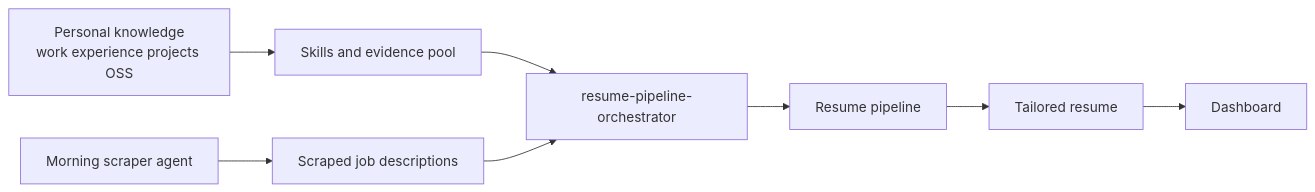
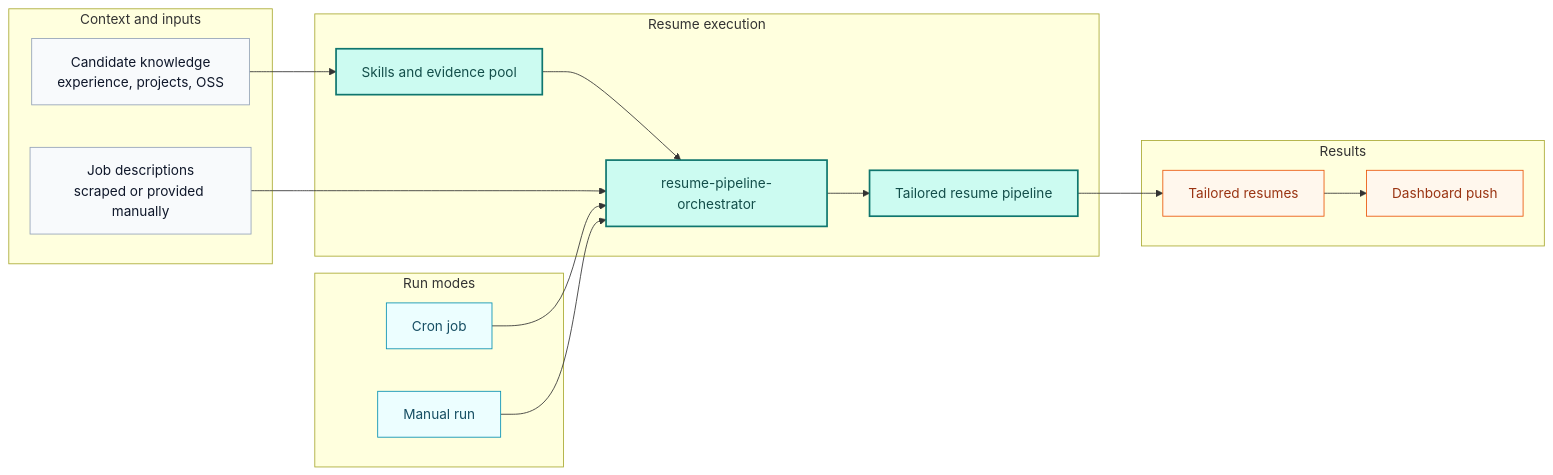
The diagram in docs-site/docs/getting-started/introduction.md (Aryan1718/hermes-autonomous-resume), drawn with Mermaid before and after one commit. The commit also changed other lines of this file and 9 other files, not shown here.

````diff
--- a/docs-site/docs/getting-started/introduction.md
+++ b/docs-site/docs/getting-started/introduction.md
@@ -44,10 +51,42 @@
 ```mermaid
 flowchart LR
-  A[Personal knowledge<br/>work experience projects OSS] --> B[Skills and evidence pool]
-  C[Morning scraper agent] --> D[Scraped job descriptions]
-  B --> E[resume-pipeline-orchestrator]
-  D --> E
-  E --> F[Resume pipeline]
-  F --> G[Tailored resume]
-  G --> H[Dashboard]
+  classDef source fill:#f8fafc,stroke:#94a3b8,color:#0f172a,stroke-width:1px;
+  classDef trigger fill:#ecfeff,stroke:#0891b2,color:#164e63,stroke-width:1px;
+  classDef orchestrator fill:#ccfbf1,stroke:#0f766e,color:#134e4a,stroke-width:2px;
+  classDef output fill:#fff7ed,stroke:#ea580c,color:#9a3412,stroke-width:1px;
+
+  subgraph Inputs[Context and inputs]
+    A[Candidate knowledge<br/>experience, projects, OSS]
+    B[Job descriptions<br/>scraped or provided manually]
+  end
+
+  subgraph Triggers[Run modes]
+    C[Cron job]
+    D[Manual run]
+  end
+
+  subgraph Pipeline[Resume execution]
+    E[Skills and evidence pool]
+    F[resume-pipeline-orchestrator]
+    G[Tailored resume pipeline]
+  end
+
+  subgraph Outputs[Results]
+    H[Tailored resumes]
+    I[Dashboard push]
+  end
+
+  A --> E
+  B --> F
+  C --> F
+  D --> F
+  E --> F
+  F --> G
+  G --> H
+  H --> I
+
+  class A,B source;
+  class C,D trigger;
+  class E,F,G orchestrator;
+  class H,I output;
 ```
````
